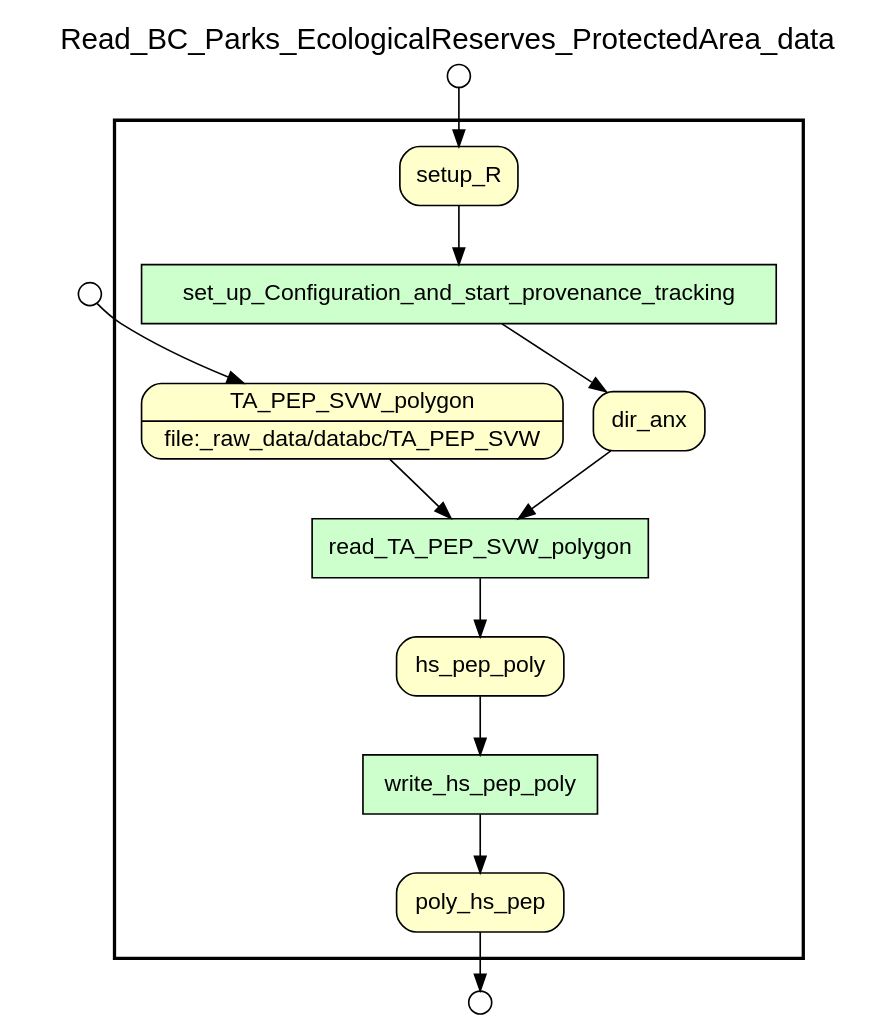
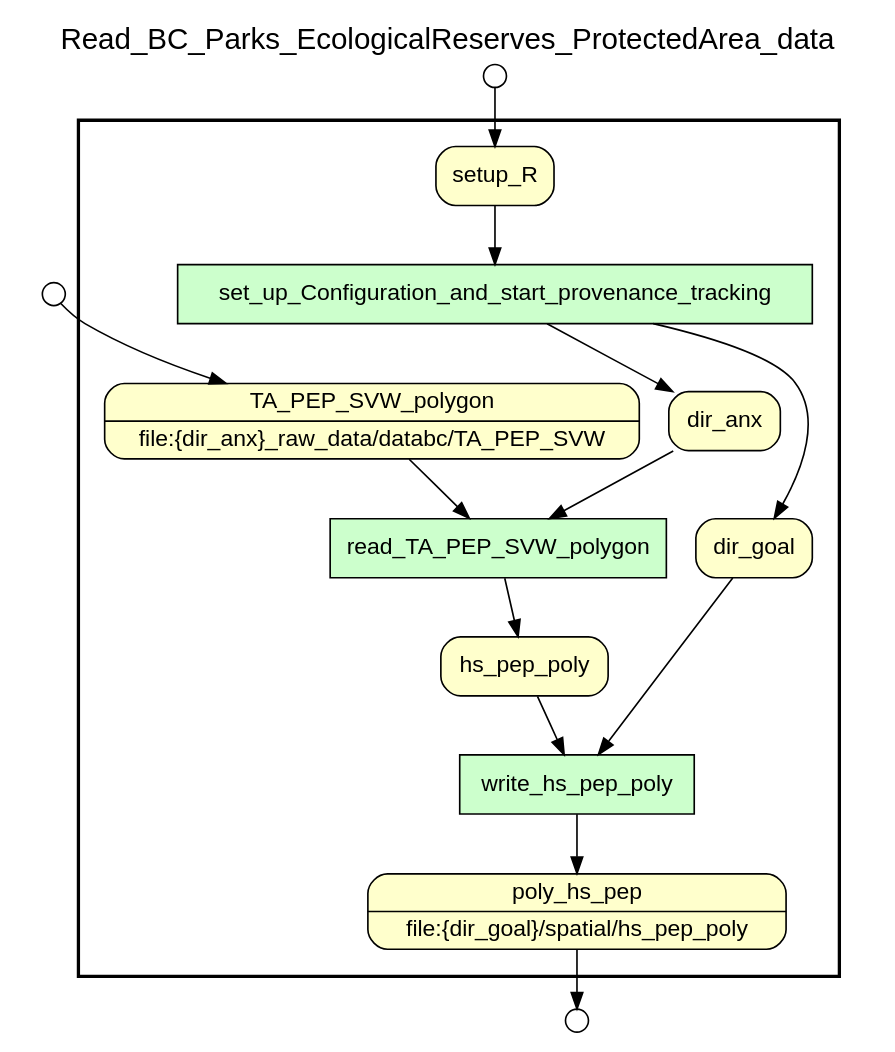
Before and after one commit to sycao5/runManager-multipleRuns: the diagram in examples/OHIBC_Howe_Sound/setup_BC_PEP_polygons.gv, drawn with Graphviz. The commit also changed 3 other files, not shown here.

```diff
--- a/examples/OHIBC_Howe_Sound/setup_BC_PEP_polygons.gv
+++ b/examples/OHIBC_Howe_Sound/setup_BC_PEP_polygons.gv
@@ -1,70 +1,73 @@
 
 /* Start of top-level graph */
 digraph Workflow {
 rankdir=TB
 
 /* Title for graph */
 fontname=Helvetica; fontsize=18; labelloc=t
 label=Read_BC_Parks_EcologicalReserves_ProtectedArea_data
 
 /* Start of double cluster for drawing box around nodes in workflow */
 subgraph cluster_workflow_box_outer { label=""; color=black; penwidth=2
 subgraph cluster_workflow_box_inner { label=""; penwidth=0
 
 /* Style for nodes representing atomic programs in workflow */
 node[shape=box style=filled fillcolor="#CCFFCC" peripheries=1 fontname=Helvetica]
 
 /* Nodes representing atomic programs in workflow */
 set_up_Configuration_and_start_provenance_tracking
 read_TA_PEP_SVW_polygon
 write_hs_pep_poly
 
 /* Style for nodes representing non-parameter data channels in workflow */
 node[shape=box style="rounded,filled" fillcolor="#FFFFCC" peripheries=1 fontname=Helvetica]
 
 /* Nodes for non-parameter data channels in workflow */
-poly_hs_pep
+poly_hs_pep [shape=record rankdir=LR label="{<f0> poly_hs_pep |<f1> file\:\{dir_goal\}/spatial/hs_pep_poly}"];
 setup_R
 dir_anx
-TA_PEP_SVW_polygon [shape=record rankdir=LR label="{<f0> TA_PEP_SVW_polygon |<f1> file\:_raw_data/databc/TA_PEP_SVW}"];
+TA_PEP_SVW_polygon [shape=record rankdir=LR label="{<f0> TA_PEP_SVW_polygon |<f1> file\:\{dir_anx\}_raw_data/databc/TA_PEP_SVW}"];
 hs_pep_poly
+dir_goal
 
 /* Style for nodes representing parameter channels in workflow */
 node[shape=box style="rounded,filled" fillcolor="#FCFCFC" peripheries=1 fontname=Helvetica]
 
 /* Nodes representing parameter channels in workflow */
 
 /* Edges representing connections between programs and channels */
 set_up_Configuration_and_start_provenance_tracking -> dir_anx
+set_up_Configuration_and_start_provenance_tracking -> dir_goal
 setup_R -> set_up_Configuration_and_start_provenance_tracking
 read_TA_PEP_SVW_polygon -> hs_pep_poly
 dir_anx -> read_TA_PEP_SVW_polygon
 TA_PEP_SVW_polygon -> read_TA_PEP_SVW_polygon
 write_hs_pep_poly -> poly_hs_pep
 hs_pep_poly -> write_hs_pep_poly
+dir_goal -> write_hs_pep_poly
 
 /* End of double cluster for drawing box around nodes in workflow */
 }}
 
 /* Style for nodes representing workflow input ports */
 node[shape=circle style="rounded,filled" fillcolor="#FFFFFF" peripheries=1 fontname=Helvetica width=0.2]
 
 /* Nodes representing workflow input ports */
 TA_PEP_SVW_polygon_input_port [label=""]
 setup_R_input_port [label=""]
 
 /* Style for nodes representing workflow output ports */
 node[shape=circle style="rounded,filled" fillcolor="#FFFFFF" peripheries=1 fontname=Helvetica width=0.2]
 
 /* Nodes representing workflow output ports */
 poly_hs_pep_output_port [label=""]
 
 /* Edges from input ports to channels */
 TA_PEP_SVW_polygon_input_port -> TA_PEP_SVW_polygon
 setup_R_input_port -> setup_R
 
 /* Edges from channels to output ports */
 poly_hs_pep -> poly_hs_pep_output_port
 
 /* End of top-level graph */
 }
```
